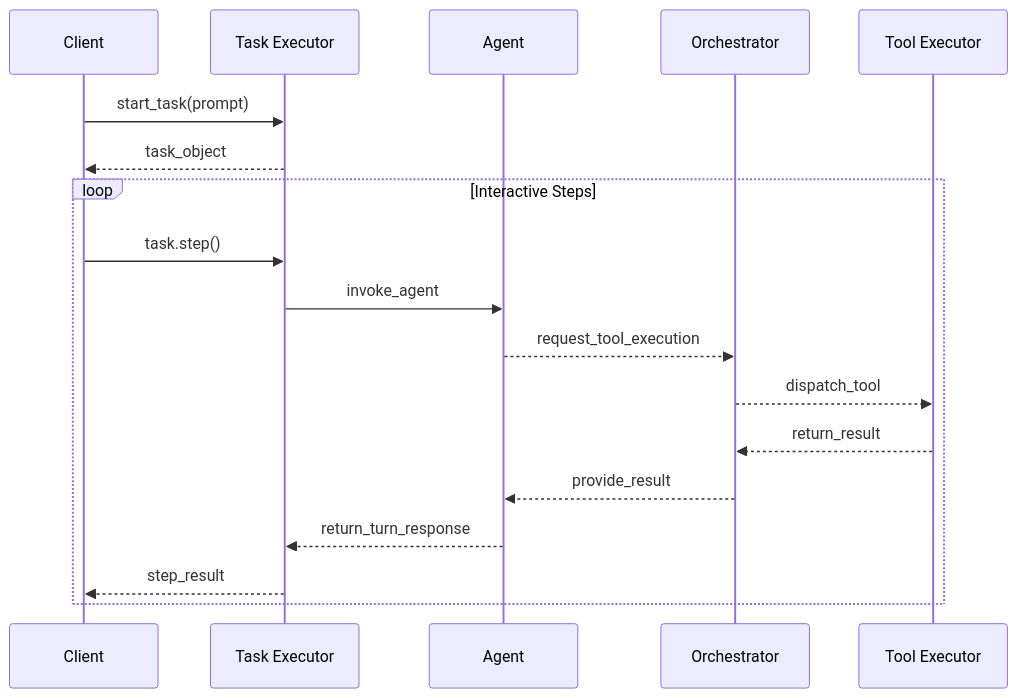
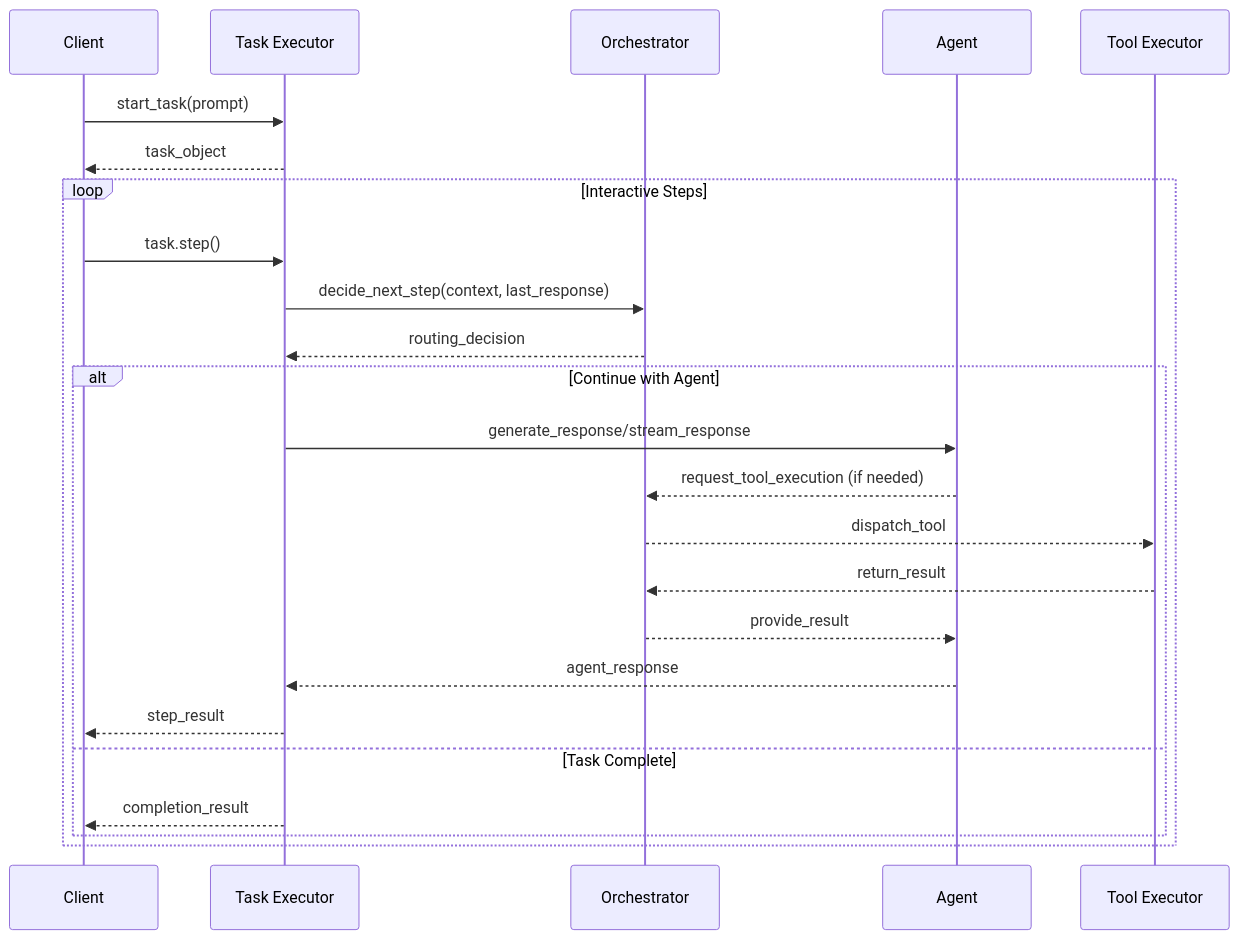
Before and after one commit to dustland/roboco: the third of 4 diagrams in docs/arch/01-architecture.md, drawn with Mermaid. The commit also changed other lines of this file and 8 other files, not shown here.

First line of the commit message:
refactor: enhance AgentX architecture documentation and execution flow details

````diff
--- a/docs/arch/01-architecture.md
+++ b/docs/arch/01-architecture.md
@@ -125,22 +145,28 @@
 ```mermaid
 sequenceDiagram
     participant C as Client
     participant TX as Task Executor
+    participant OR as Orchestrator
     participant AG as Agent
-    participant OR as Orchestrator
     participant TE as Tool Executor
 
     C->>TX: start_task(prompt)
     TX-->>C: task_object
 
     loop Interactive Steps
         C->>TX: task.step()
-        TX->>AG: invoke_agent
-        AG-->>OR: request_tool_execution
-        OR-->>TE: dispatch_tool
-        TE-->>OR: return_result
-        OR-->>AG: provide_result
-        AG-->>TX: return_turn_response
-        TX-->>C: step_result
+        TX->>OR: decide_next_step(context, last_response)
+        OR-->>TX: routing_decision
+        alt Continue with Agent
+            TX->>AG: generate_response/stream_response
+            AG-->>OR: request_tool_execution (if needed)
+            OR-->>TE: dispatch_tool
+            TE-->>OR: return_result
+            OR-->>AG: provide_result
+            AG-->>TX: agent_response
+            TX-->>C: step_result
+        else Task Complete
+            TX-->>C: completion_result
+        end
     end
 ```
````
